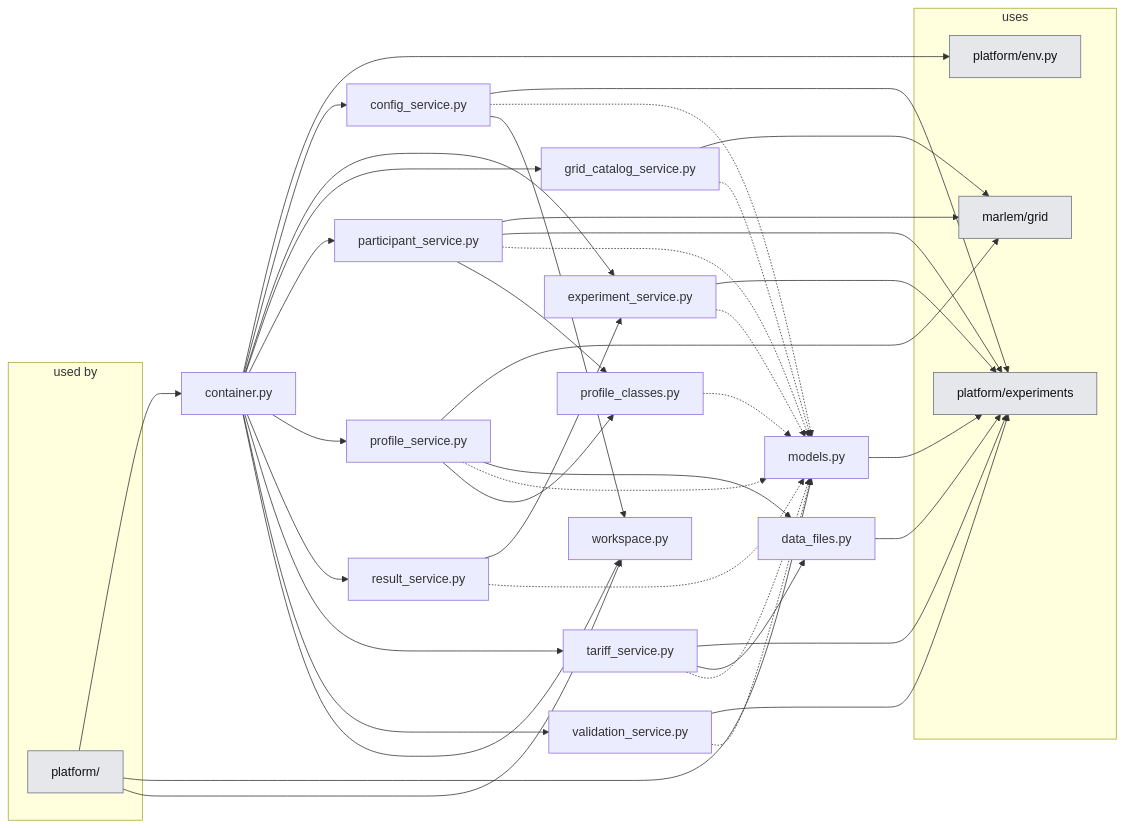
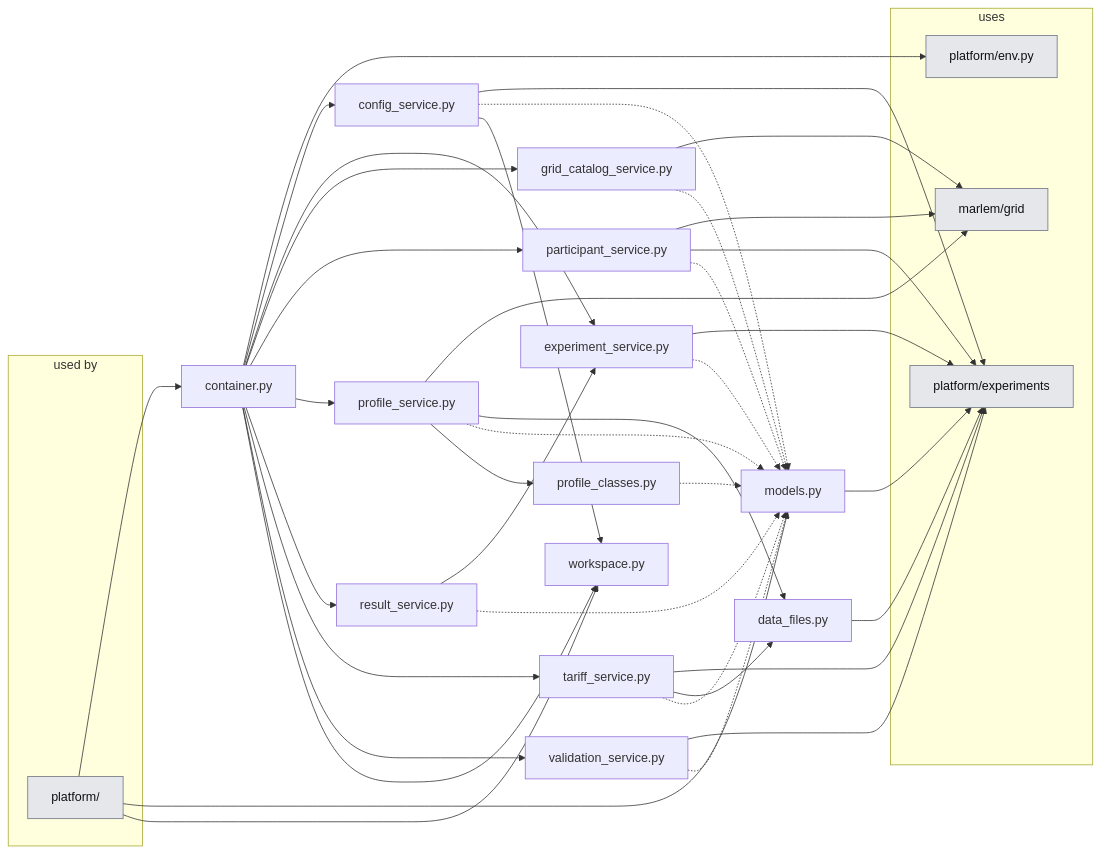
One commit to KevinRapo/P2P-thesis changed the second of 2 diagrams in docs_thesis/thesis/architecture/04-application-layer.md. Above: the diagram before and after it, drawn with Mermaid. The commit also changed other lines of this file and 7 other files, not shown here.

````diff
--- a/docs_thesis/thesis/architecture/04-application-layer.md
+++ b/docs_thesis/thesis/architecture/04-application-layer.md
@@ -63,63 +63,62 @@
 ```mermaid
 flowchart LR
   subgraph USERS["used by"]
     n_platform__users_["platform/"]:::ext
   end
   n_platform_services_config_service["config_service.py"]
   n_platform_services_container["container.py"]
   n_platform_services_data_files["data_files.py"]
   n_platform_services_experiment_service["experiment_service.py"]
   n_platform_services_grid_catalog_service["grid_catalog_service.py"]
   n_platform_services_models["models.py"]
   n_platform_services_participant_service["participant_service.py"]
   n_platform_services_profile_classes["profile_classes.py"]
   n_platform_services_profile_service["profile_service.py"]
   n_platform_services_result_service["result_service.py"]
   n_platform_services_tariff_service["tariff_service.py"]
   n_platform_services_validation_service["validation_service.py"]
   n_platform_services_workspace["workspace.py"]
   subgraph USES["uses"]
     n_marlem_grid["marlem/grid"]:::ext
     n_platform_env["platform/env.py"]:::ext
     n_platform_experiments["platform/experiments"]:::ext
   end
   n_platform__users_ --> n_platform_services_container
   n_platform__users_ --> n_platform_services_models
   n_platform__users_ --> n_platform_services_workspace
   n_platform_services_config_service --> n_platform_experiments
   n_platform_services_config_service -.-> n_platform_services_models
   n_platform_services_config_service --> n_platform_services_workspace
   n_platform_services_container --> n_platform_env
   n_platform_services_container --> n_platform_services_config_service
   n_platform_services_container --> n_platform_services_experiment_service
   n_platform_services_container --> n_platform_services_grid_catalog_service
   n_platform_services_container --> n_platform_services_participant_service
   n_platform_services_container --> n_platform_services_profile_service
   n_platform_services_container --> n_platform_services_result_service
   n_platform_services_container --> n_platform_services_tariff_service
   n_platform_services_container --> n_platform_services_validation_service
   n_platform_services_container --> n_platform_services_workspace
   n_platform_services_data_files --> n_platform_experiments
   n_platform_services_experiment_service --> n_platform_experiments
   n_platform_services_experiment_service -.-> n_platform_services_models
   n_platform_services_grid_catalog_service --> n_marlem_grid
   n_platform_services_grid_catalog_service -.-> n_platform_services_models
   n_platform_services_models --> n_platform_experiments
   n_platform_services_participant_service --> n_marlem_grid
   n_platform_services_participant_service --> n_platform_experiments
   n_platform_services_participant_service -.-> n_platform_services_models
-  n_platform_services_participant_service --> n_platform_services_profile_classes
   n_platform_services_profile_classes -.-> n_platform_services_models
   n_platform_services_profile_service --> n_marlem_grid
   n_platform_services_profile_service --> n_platform_services_data_files
   n_platform_services_profile_service -.-> n_platform_services_models
   n_platform_services_profile_service --> n_platform_services_profile_classes
   n_platform_services_result_service --> n_platform_services_experiment_service
   n_platform_services_result_service -.-> n_platform_services_models
   n_platform_services_tariff_service --> n_platform_experiments
   n_platform_services_tariff_service --> n_platform_services_data_files
   n_platform_services_tariff_service -.-> n_platform_services_models
   n_platform_services_validation_service --> n_platform_experiments
   n_platform_services_validation_service -.-> n_platform_services_models
   classDef ext fill:#e5e7eb,stroke:#6b7280,color:#111
 ```
````
